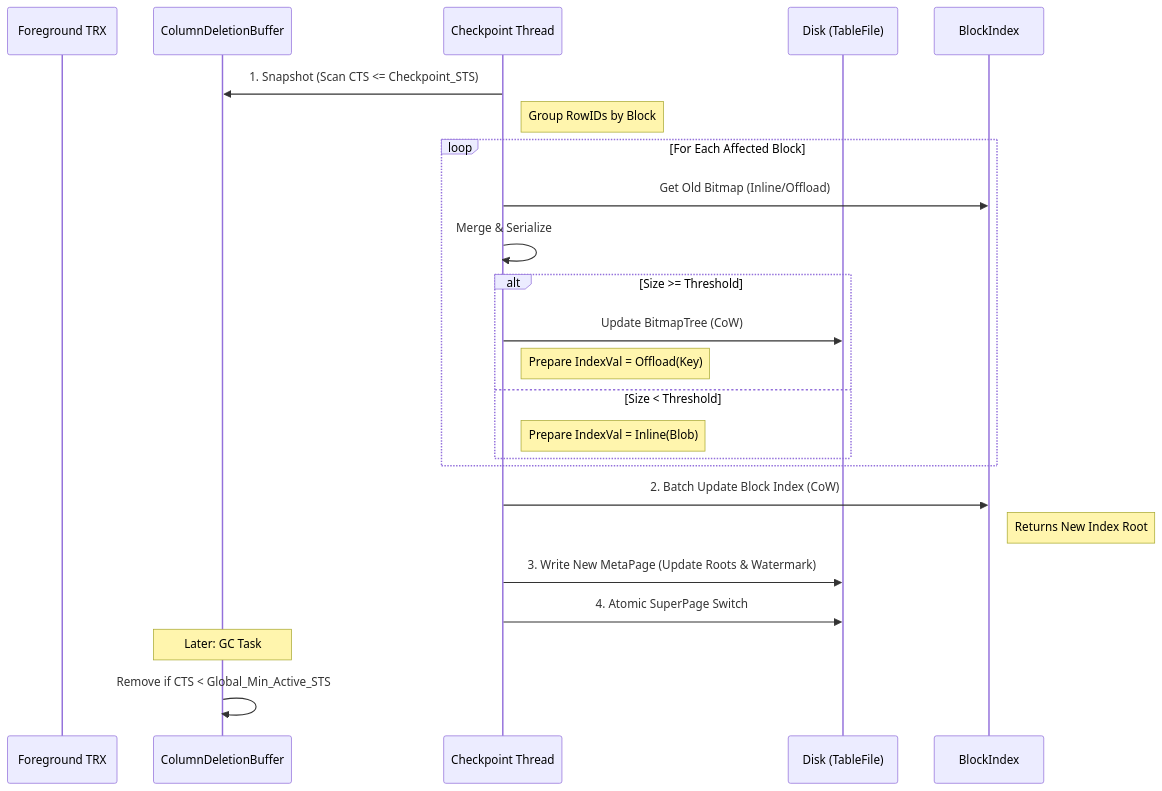
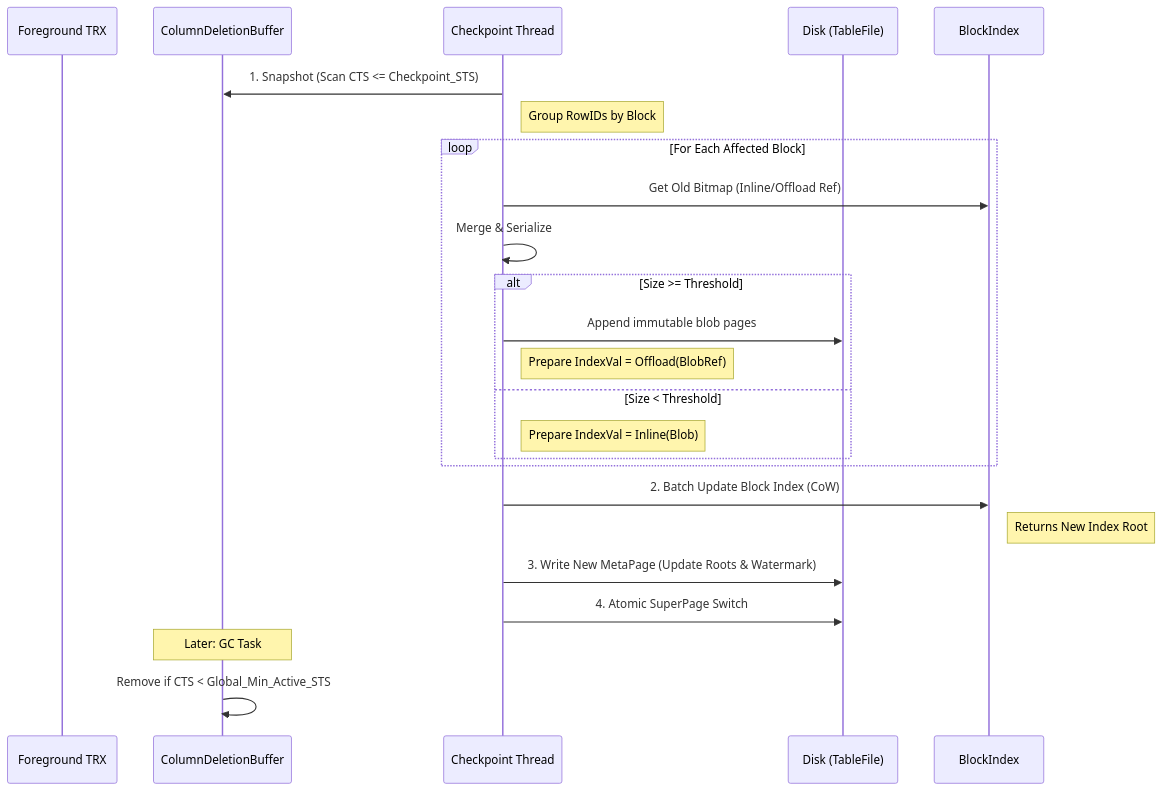
Before and after one commit to jiangzhe/doradb: the diagram in docs/deletion-checkpoint.md, drawn with Mermaid. The commit also changed other lines of this file and 5 other files, not shown here.

First line of the commit message:
column block index offloaded deletion bitmap (#359)

````diff
--- a/docs/deletion-checkpoint.md
+++ b/docs/deletion-checkpoint.md
@@ -181,35 +176,35 @@
 ```mermaid
 sequenceDiagram
     participant FG as Foreground TRX
     participant Mem as ColumnDeletionBuffer
     participant CP as Checkpoint Thread
     participant IO as Disk (TableFile)
     participant IDX as BlockIndex
 
     %% Phase 1
     CP->>Mem: 1. Snapshot (Scan CTS <= Checkpoint_STS)
     Note right of CP: Group RowIDs by Block
 
     %% Phase 2 & 3
     loop For Each Affected Block
-        CP->>IDX: Get Old Bitmap (Inline/Offload)
+        CP->>IDX: Get Old Bitmap (Inline/Offload Ref)
         CP->>CP: Merge & Serialize
         alt Size >= Threshold
-            CP->>IO: Update BitmapTree (CoW)
-            Note right of CP: Prepare IndexVal = Offload(Key)
+            CP->>IO: Append immutable blob pages
+            Note right of CP: Prepare IndexVal = Offload(BlobRef)
         else Size < Threshold
             Note right of CP: Prepare IndexVal = Inline(Blob)
         end
     end
 
     CP->>IDX: 2. Batch Update Block Index (CoW)
     Note right of IDX: Returns New Index Root
 
     %% Phase 4
     CP->>IO: 3. Write New MetaPage (Update Roots & Watermark)
     CP->>IO: 4. Atomic SuperPage Switch
 
     %% GC (Independent)
     Note over Mem: Later: GC Task
     Mem->>Mem: Remove if CTS < Global_Min_Active_STS
 ```
````
